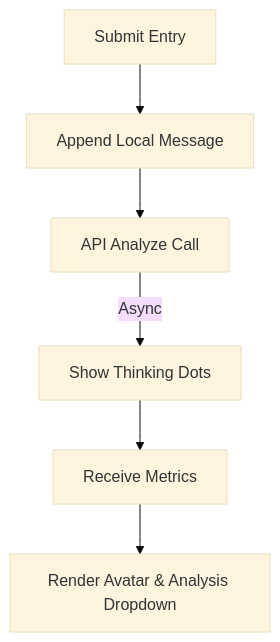
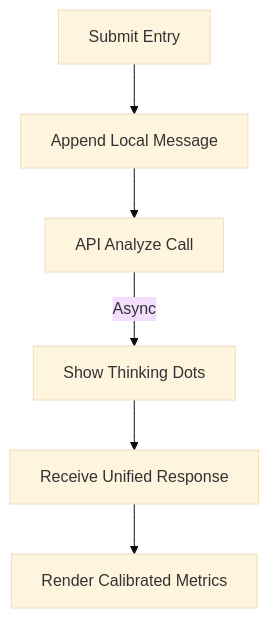
Before and after one commit to khizardev123/fyp-mental-health: diagram 11 of 15 in README.md, drawn with Mermaid (base theme). The commit also changed other lines of this file, not shown here.

Commit message:
Update README with 15 comprehensive flow diagrams (Unified v4 architecture)

````diff
--- a/README.md
+++ b/README.md
@@ -172,8 +184,8 @@
 ```mermaid
 graph TD
     Submit[Submit Entry] --> LocalUI[Append Local Message]
     LocalUI --> API[API Analyze Call]
     API -->|Async| Droplet[Show Thinking Dots]
-    Droplet --> Result[Receive Metrics]
-    Result --> Final[Render Avatar & Analysis Dropdown]
+    Droplet --> Result[Receive Unified Response]
+    Result --> Final[Render Calibrated Metrics]
 ```
````
